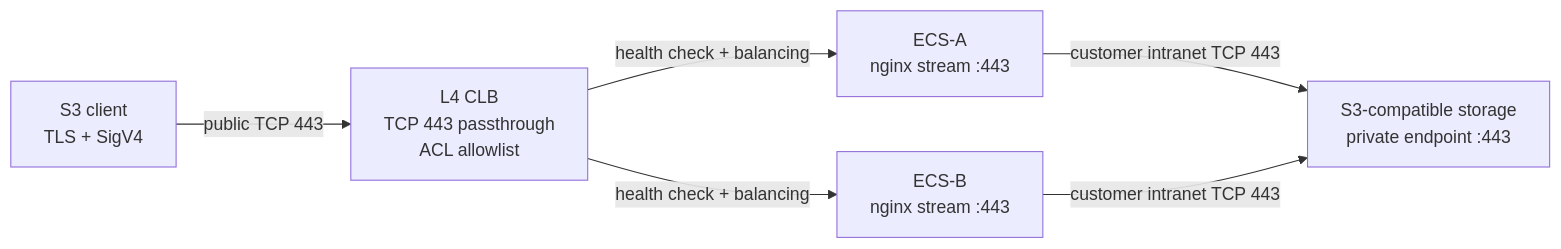
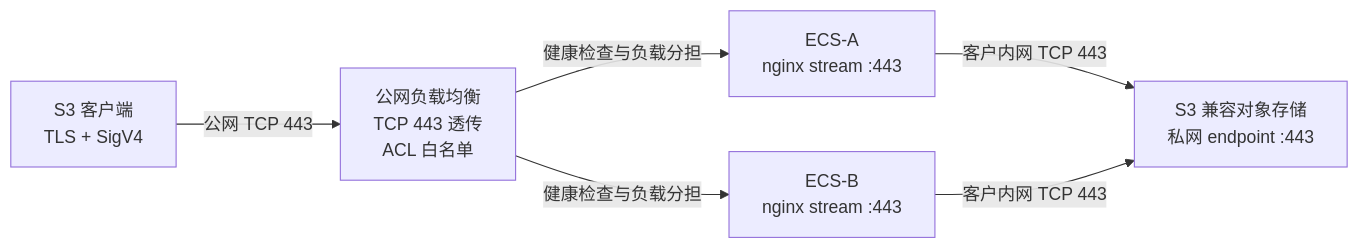
Before and after one commit to scott987-cmd/s3-l4-proxy: the diagram in README.md, drawn with Mermaid. The commit also changed other lines of this file and 16 other files, not shown here.

````diff
--- a/README.md
+++ b/README.md
@@ -9,13 +9,13 @@
 ```mermaid
 flowchart LR
-    F[S3 client<br>TLS + SigV4]
-    C[L4 CLB<br>TCP 443 passthrough<br>ACL allowlist]
+    F[S3 客户端<br>TLS + SigV4]
+    C[公网负载均衡<br>TCP 443 透传<br>ACL 白名单]
     N1[ECS-A<br>nginx stream :443]
     N2[ECS-B<br>nginx stream :443]
-    S[S3-compatible storage<br>private endpoint :443]
-    F -->|public TCP 443| C
-    C -->|health check + balancing| N1
-    C -->|health check + balancing| N2
-    N1 -->|customer intranet TCP 443| S
-    N2 -->|customer intranet TCP 443| S
+    S[S3 兼容对象存储<br>私网 endpoint :443]
+    F -->|公网 TCP 443| C
+    C -->|健康检查与负载分担| N1
+    C -->|健康检查与负载分担| N2
+    N1 -->|客户内网 TCP 443| S
+    N2 -->|客户内网 TCP 443| S
 ```
````
